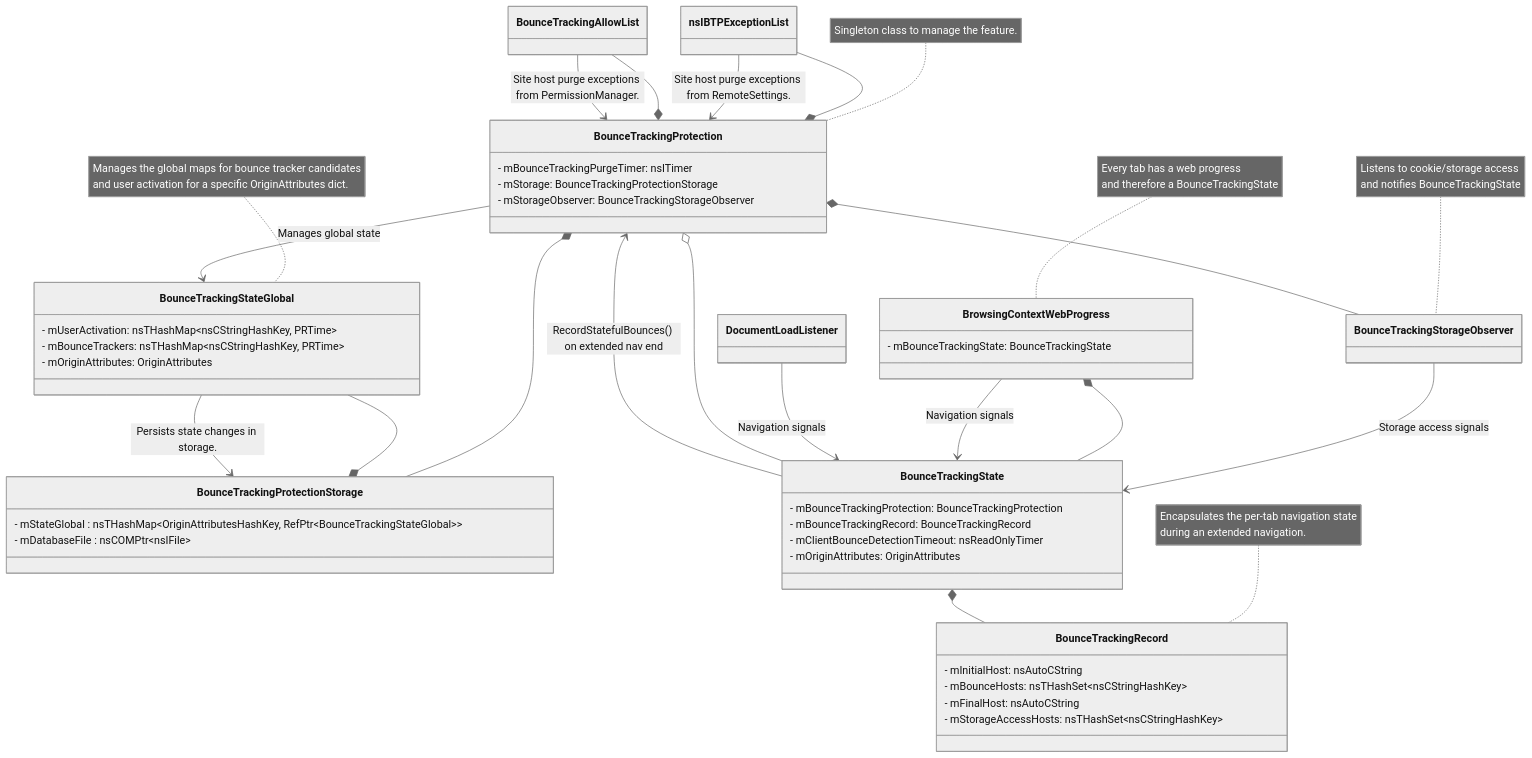
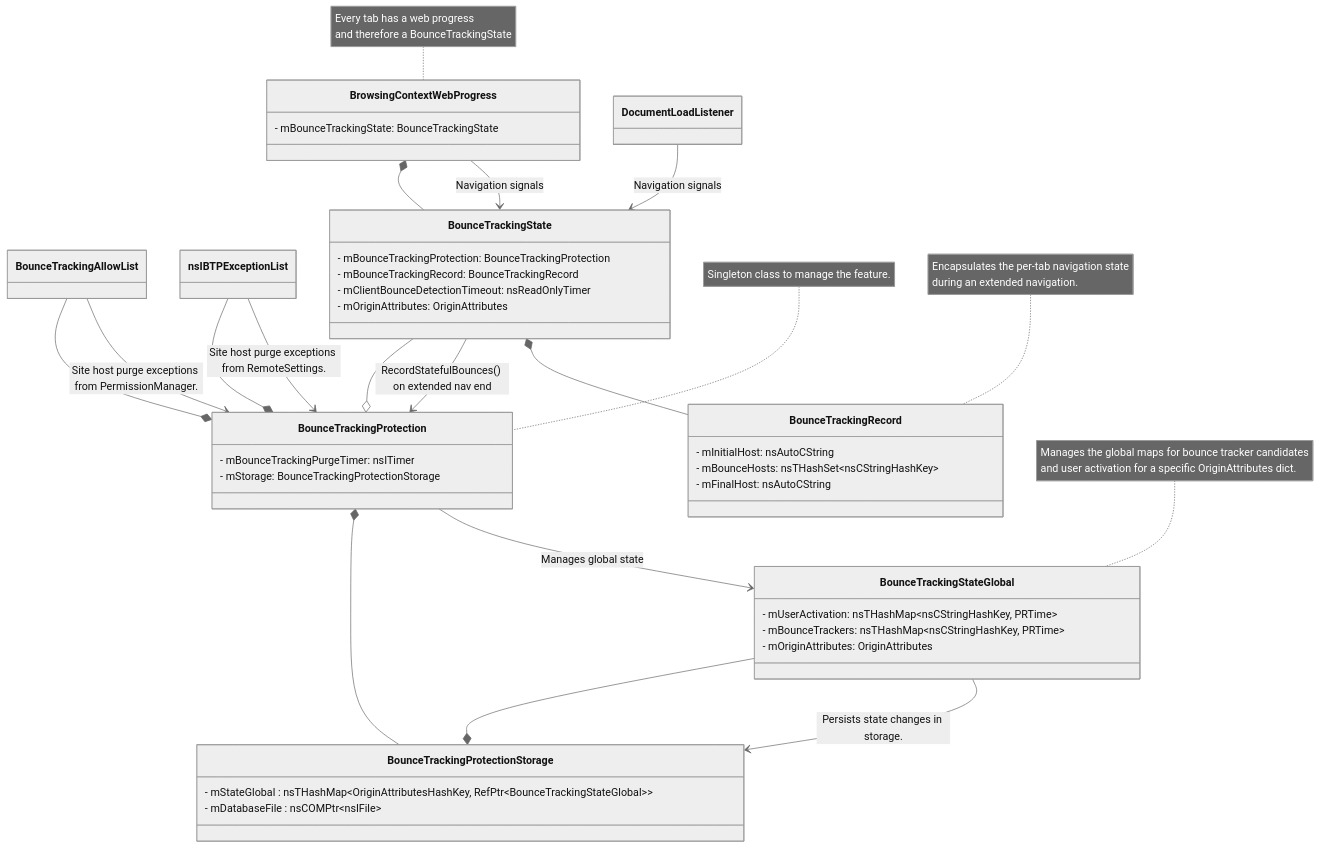
Before and after one commit to connosssss/simplev3: the diagram in firefox/toolkit/components/antitracking/docs/bounce-tracking-protection/index.md, drawn with Mermaid (neutral theme). The commit also changed other lines of this file and 235433 other files, not shown here.

```diff
--- a/firefox/toolkit/components/antitracking/docs/bounce-tracking-protection/index.md
+++ b/firefox/toolkit/components/antitracking/docs/bounce-tracking-protection/index.md
@@ -52,14 +117,17 @@
     class BounceTrackingProtection {
         - mBounceTrackingPurgeTimer: nsITimer
         - mStorage: BounceTrackingProtectionStorage
-        - mStorageObserver: BounceTrackingStorageObserver
     }
 
     note for BounceTrackingProtection "Singleton class to manage the feature."
 
-    class BounceTrackingProtectionStorage {
-        - mStateGlobal : nsTHashMap&lt;OriginAttributesHashKey, RefPtr&lt;BounceTrackingStateGlobal&gt;&gt;
-        - mDatabaseFile : nsCOMPtr&lt;nsIFile&gt;
+    class BounceTrackingAllowList {
+        <!-- [...] -->
+    }
+
+    class nsIBTPExceptionList {
+        <!-- Bug 1930704: Empty classes lead to build errors. Adding a comment inside the class fixes the issue -->
+        <!-- [...] -->
     }
 
     class BounceTrackingStateGlobal {
@@ -71,18 +139,16 @@
     note for BounceTrackingStateGlobal "Manages the global maps for bounce tracker candidates
                                         and user activation for a specific OriginAttributes dict."
 
-    class BounceTrackingStorageObserver {
-        <!-- [...] -->
+    class BounceTrackingProtectionStorage {
+        - mStateGlobal : nsTHashMap&lt;OriginAttributesHashKey, RefPtr&lt;BounceTrackingStateGlobal&gt;&gt;
+        - mDatabaseFile : nsCOMPtr&lt;nsIFile&gt;
     }
 
-    note for BounceTrackingStorageObserver "Listens to cookie/storage access
-                                            and notifies BounceTrackingState"
 
     class BounceTrackingRecord {
         - mInitialHost: nsAutoCString
         - mBounceHosts: nsTHashSet&lt;nsCStringHashKey&gt;
         - mFinalHost: nsAutoCString
-        - mStorageAccessHosts: nsTHashSet&lt;nsCStringHashKey&gt;
     }
 
     note for BounceTrackingRecord "Encapsulates the per-tab navigation state
@@ -100,14 +166,6 @@
         - mBounceTrackingState: BounceTrackingState
     }
 
-    class nsIBTPExceptionList {
-        <!-- Bug 1930704: Empty classes lead to build errors. Adding a comment inside the class fixes the issue -->
-        <!-- [...] -->
-    }
-
-    class BounceTrackingAllowList {
-        <!-- [...] -->
-    }
 
     class DocumentLoadListener{
         <!-- [...] -->
@@ -117,11 +175,9 @@
                                          and therefore a BounceTrackingState"
 
     BounceTrackingProtection *-- BounceTrackingProtectionStorage
-    BounceTrackingProtection *-- BounceTrackingStorageObserver
     BounceTrackingState --o BounceTrackingProtection
     BounceTrackingState --> BounceTrackingProtection : RecordStatefulBounces() on extended nav end
     BounceTrackingState *-- BounceTrackingRecord
-    BounceTrackingStorageObserver --> BounceTrackingState : Storage access signals
     BrowsingContextWebProgress *-- BounceTrackingState
     BounceTrackingStateGlobal --* BounceTrackingProtectionStorage
     BounceTrackingStateGlobal --> BounceTrackingProtectionStorage : Persists state changes in storage.
```
